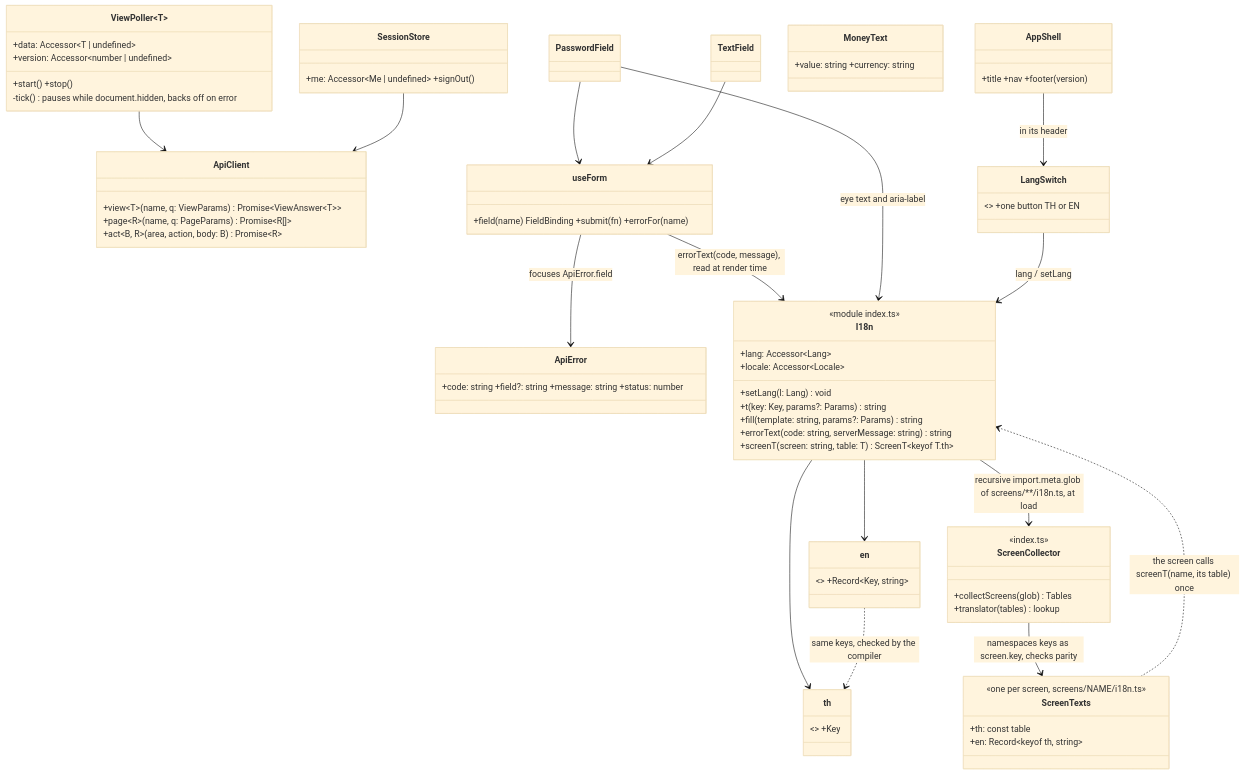
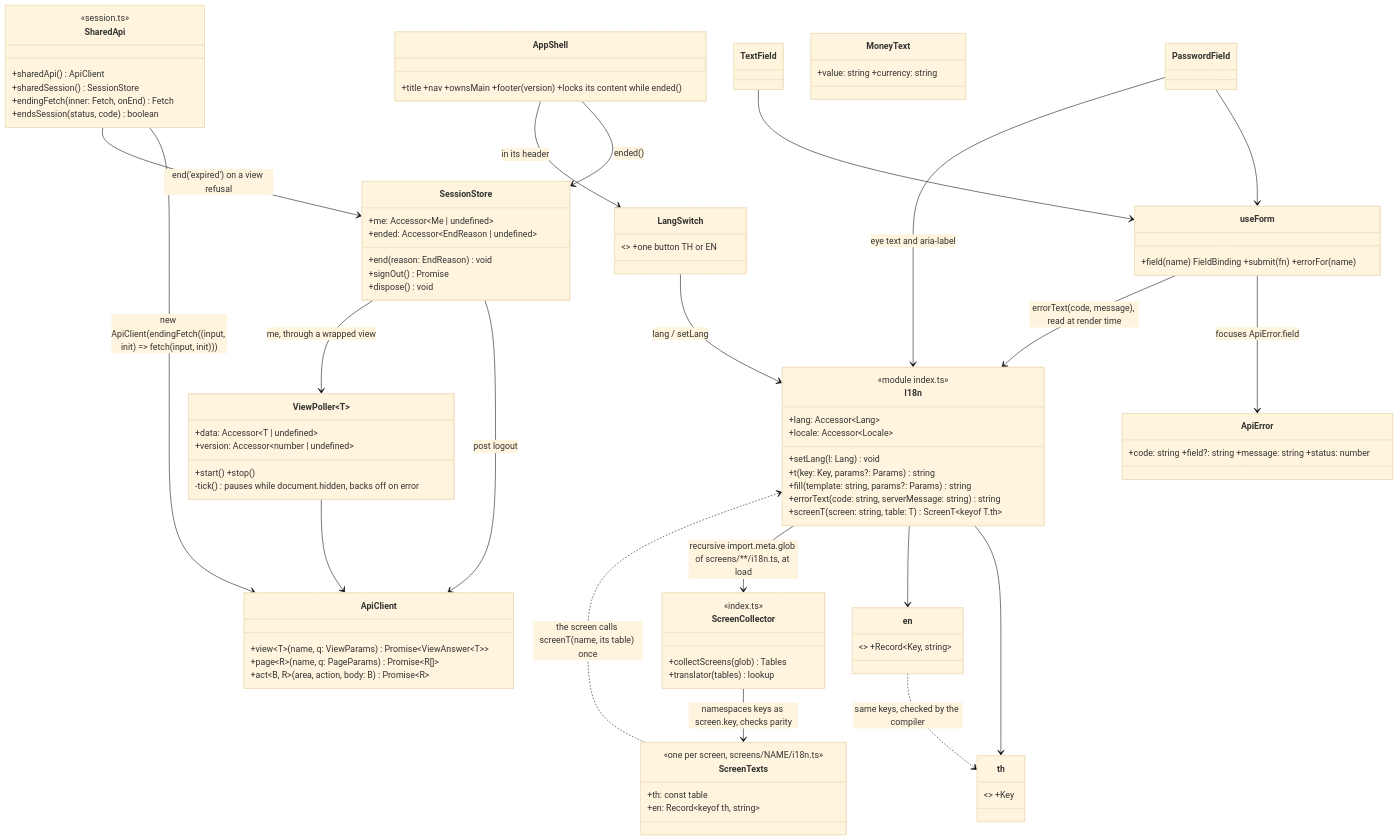
The second of 6 diagrams in docs/design/xchange-v3-web.md (yuthstyle88/xchange-dev), drawn with Mermaid (base theme) before and after one commit. The commit also changed other lines of this file, not shown here.

First line of the commit message:
docs(design): session end — SessionStore.ended, me view own version, AppShell lock (§12.19) (#491)

````diff
--- a/docs/design/xchange-v3-web.md
+++ b/docs/design/xchange-v3-web.md
@@ -311,60 +312,77 @@
 ```mermaid
 classDiagram
   class ApiClient {
     +view~T~(name, q: ViewParams) Promise~ViewAnswer~T~~
     +page~R~(name, q: PageParams) Promise~R[]~
     +act~B, R~(area, action, body: B) Promise~R~
   }
   class ApiError { +code: string +field?: string +message: string +status: number }
   class ViewPoller~T~ {
     +start() +stop()
     +data: Accessor~T | undefined~
     +version: Accessor~number | undefined~
     -tick() pauses while document.hidden, backs off on error
   }
-  class SessionStore { +me: Accessor~Me | undefined~ +signOut() }
+  class SessionStore {
+    +me: Accessor~Me | undefined~
+    +ended: Accessor~EndReason | undefined~
+    +end(reason: EndReason) void
+    +signOut() Promise
+    +dispose() void
+  }
+  class SharedApi {
+    <<session.ts>>
+    +sharedApi() ApiClient
+    +sharedSession() SessionStore
+    +endingFetch(inner: Fetch, onEnd) Fetch
+    +endsSession(status, code) boolean
+  }
   class useForm { +field(name) FieldBinding +submit(fn) +errorFor(name) }
   class PasswordField
   class TextField
   class MoneyText { +value: string +currency: string }
-  class AppShell { +title +nav +footer(version) }
+  class AppShell { +title +nav +ownsMain +footer(version) +locks its content while ended() }
   class I18n {
     <<module index.ts>>
     +lang: Accessor~Lang~
     +setLang(l: Lang) void
     +locale: Accessor~Locale~
     +t(key: Key, params?: Params) string
     +fill(template: string, params?: Params) string
     +errorText(code: string, serverMessage: string) string
     +screenT(screen: string, table: T) ScreenT~keyof T.th~
   }
   class th { <<th.ts as const>> +Key }
   class en { <<en.ts>> +Record~Key, string~ }
   class ScreenTexts {
     <<one per screen, screens/NAME/i18n.ts>>
     +th: const table
     +en: Record~keyof th, string~
   }
   class ScreenCollector {
     <<index.ts>>
     +collectScreens(glob) Tables
     +translator(tables) lookup
   }
   class LangSwitch { <<LangSwitch.tsx>> +one button TH or EN }
 
   ViewPoller --> ApiClient
-  SessionStore --> ApiClient
+  SessionStore --> ApiClient : post logout
+  SessionStore --> ViewPoller : me, through a wrapped view
+  SharedApi --> ApiClient : new ApiClient(endingFetch((input, init) => fetch(input, init)))
+  SharedApi --> SessionStore : end('expired') on a view refusal
+  AppShell --> SessionStore : ended()
   useForm --> ApiError : focuses ApiError.field
   useForm --> I18n : errorText(code, message), read at render time
   PasswordField --> useForm
   PasswordField --> I18n : eye text and aria-label
   TextField --> useForm
   AppShell --> LangSwitch : in its header
   LangSwitch --> I18n : lang / setLang
   I18n --> th
   I18n --> en
   en ..> th : same keys, checked by the compiler
   I18n --> ScreenCollector : recursive import.meta.glob of screens/**/i18n.ts, at load
   ScreenCollector --> ScreenTexts : namespaces keys as screen.key, checks parity
   ScreenTexts ..> I18n : the screen calls screenT(name, its table) once
 ```
````
